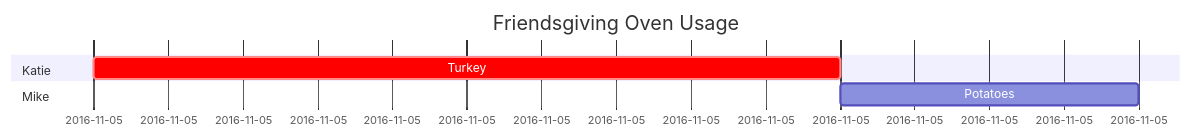
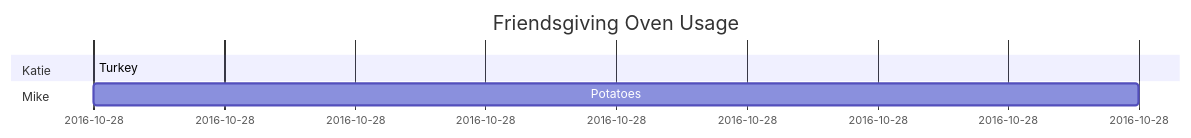
Before and after one commit to KGithens/friendsgiving-oven-usage: the diagram in README.md, drawn with Mermaid. The commit also changed 1 other file, not shown here.

Commit message:
chart update

````diff
--- a/README.md
+++ b/README.md
@@ -1,9 +1,10 @@
 ```mermaid
 gantt
+	dateFormat hh-mm
     title Friendsgiving Oven Usage
 
     section Katie
-    Turkey           :crit, a1, 2016-11-05, 5h
+    Turkey           :crit, turkey, 09-30, 5h % start at 9:30 am
     section Mike
-    Potatoes      	 :after a1  , 2h
+    Potatoes      	 :after turkey  , 2h
 ```
````
